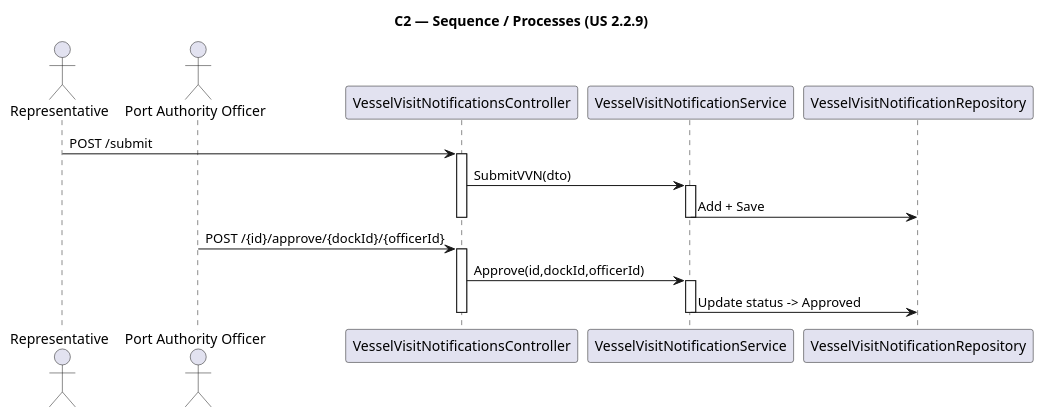
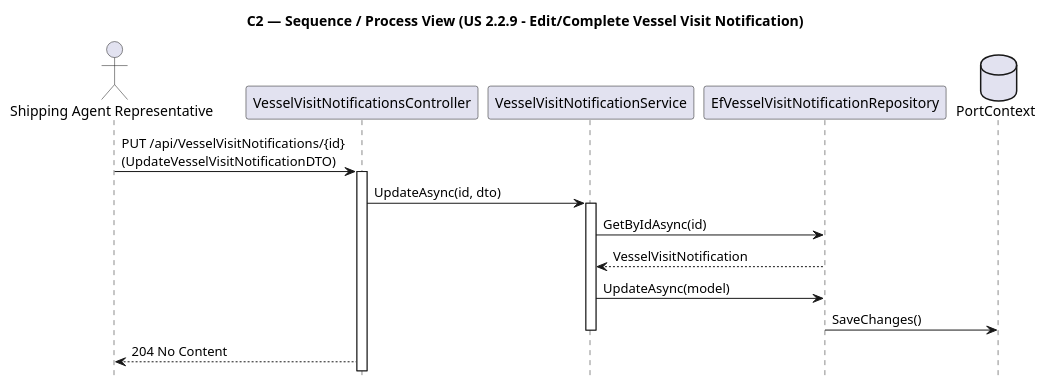
The diagram in Docs/Sprint A/US 2.2.9/Modelo C4/C2_Processos.puml (Departamento-de-Engenharia-Informatica/LEI-SEM5-PI-2025-26-3DM-03), drawn with PlantUML before and after one commit. The commit also changed other lines of this file and 12 other files, not shown here.

Commit message:
Refactor UML diagrams for Vessel Visit Notifications #10

```diff
--- a/Docs/Sprint A/US 2.2.9/Modelo C4/C2_Processos.puml
+++ b/Docs/Sprint A/US 2.2.9/Modelo C4/C2_Processos.puml
@@ -2,23 +1,21 @@
 @startuml C2_Processos
-title C2 — Sequence / Processes (US 2.2.9)
+title C2 — Sequence / Process View (US 2.2.9 - Edit/Complete Vessel Visit Notification)
+hide footbox
 
-actor "Representative" as Rep
-actor "Port Authority Officer" as Officer
+actor "Shipping Agent Representative" as Rep
+participant "VesselVisitNotificationsController" as Controller
+participant "VesselVisitNotificationService" as Service
+participant "EfVesselVisitNotificationRepository" as Repo
+database "PortContext" as Db
 
-Rep -> VesselVisitNotificationsController : POST /submit
-activate VesselVisitNotificationsController
-VesselVisitNotificationsController -> VesselVisitNotificationService : SubmitVVN(dto)
-activate VesselVisitNotificationService
-VesselVisitNotificationService -> VesselVisitNotificationRepository : Add + Save
-deactivate VesselVisitNotificationService
-deactivate VesselVisitNotificationsController
-
-Officer -> VesselVisitNotificationsController : POST /{id}/approve/{dockId}/{officerId}
-activate VesselVisitNotificationsController
-VesselVisitNotificationsController -> VesselVisitNotificationService : Approve(id,dockId,officerId)
-activate VesselVisitNotificationService
-VesselVisitNotificationService -> VesselVisitNotificationRepository : Update status -> Approved
-deactivate VesselVisitNotificationService
-deactivate VesselVisitNotificationsController
-
+Rep -> Controller : PUT /api/VesselVisitNotifications/{id}\n(UpdateVesselVisitNotificationDTO)
+activate Controller
+Controller -> Service : UpdateAsync(id, dto)
+activate Service
+Service -> Repo : GetByIdAsync(id)
+Repo --> Service : VesselVisitNotification
+Service -> Repo : UpdateAsync(model)
+Repo -> Db : SaveChanges()
+deactivate Service
+Controller --> Rep : 204 No Content
 @enduml
```
